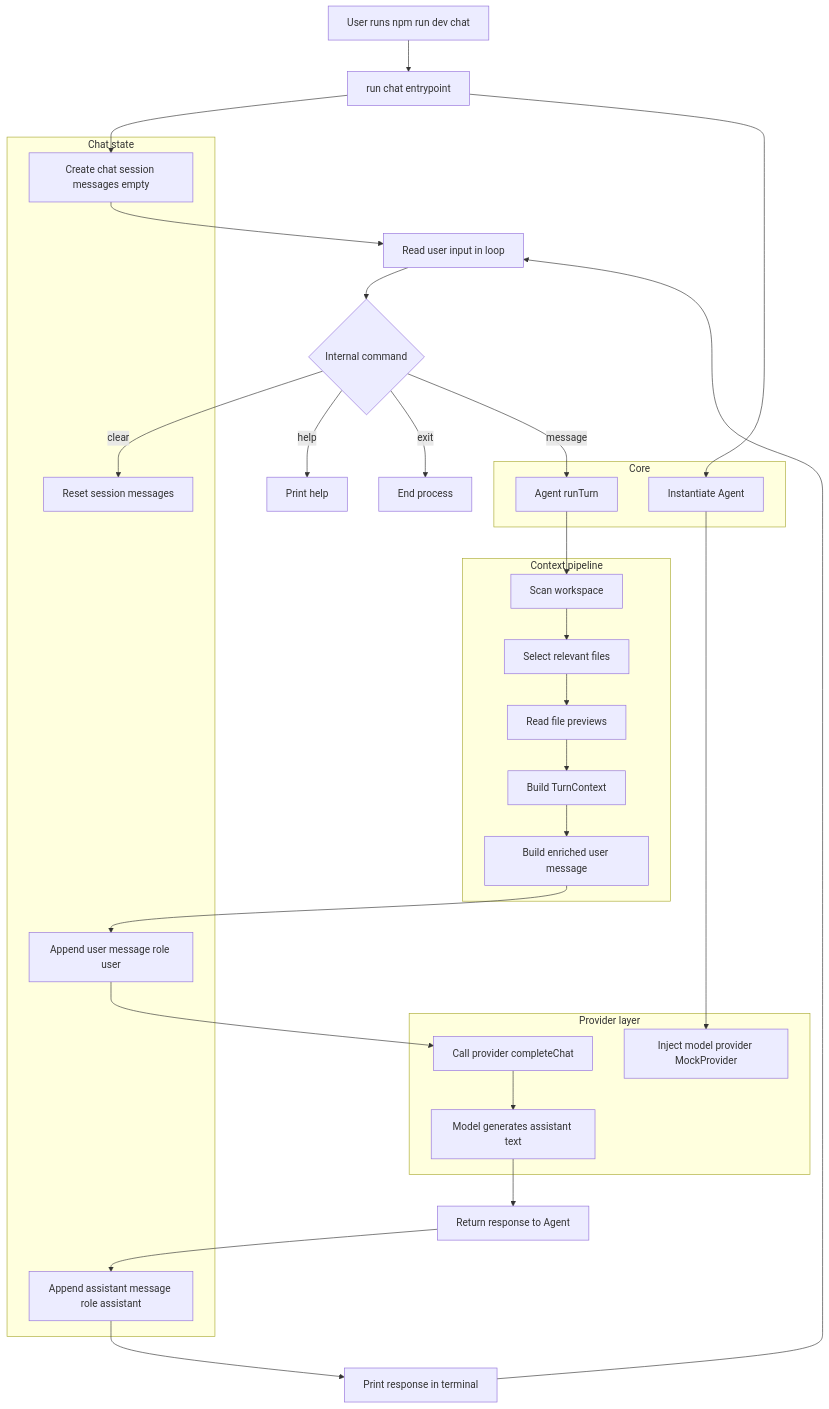
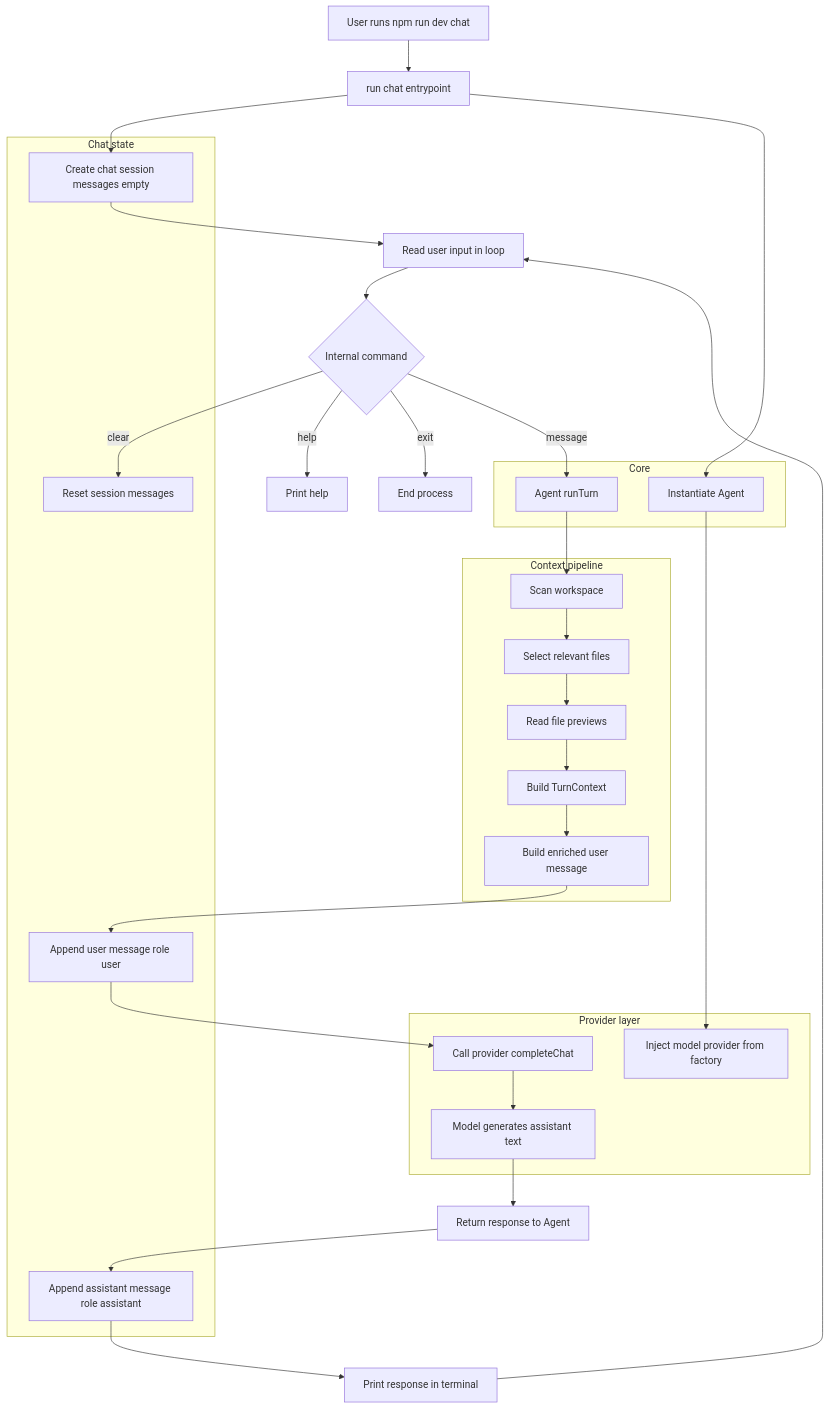
One commit to lucasaguilar/rei changed the diagram in README.md. Above: the diagram before and after it, drawn with Mermaid. The commit also changed other lines of this file and 12 other files, not shown here.

````diff
--- a/README.md
+++ b/README.md
@@ -222,53 +225,53 @@
 ```mermaid
 flowchart TD
   A[User runs npm run dev chat] --> B[run chat entrypoint]
   B --> C[Create chat session messages empty]
     B --> D[Instantiate Agent]
-  D --> E[Inject model provider MockProvider]
+  D --> E[Inject model provider from factory]
 
     C --> F[Read user input in loop]
   F --> G{Internal command}
   G -->|help| H[Print help]
   G -->|clear| I[Reset session messages]
   G -->|exit| J[End process]
   G -->|message| K[Agent runTurn]
 
   K --> SC[Scan workspace]
   SC --> FS[Select relevant files]
   FS --> FP[Read file previews]
   FP --> CB[Build TurnContext]
   CB --> EM[Build enriched user message]
   EM --> L[Append user message role user]
   L --> M[Call provider completeChat]
     M --> N[Model generates assistant text]
     N --> O[Return response to Agent]
   O --> P[Append assistant message role assistant]
     P --> Q[Print response in terminal]
     Q --> F
 
     subgraph Core
       D
       K
     end
 
     subgraph Context pipeline
       SC
       FS
       FP
       CB
       EM
     end
 
     subgraph Provider layer
       E
       M
       N
     end
 
     subgraph Chat state
       C
       L
       P
       I
     end
 ```
````
